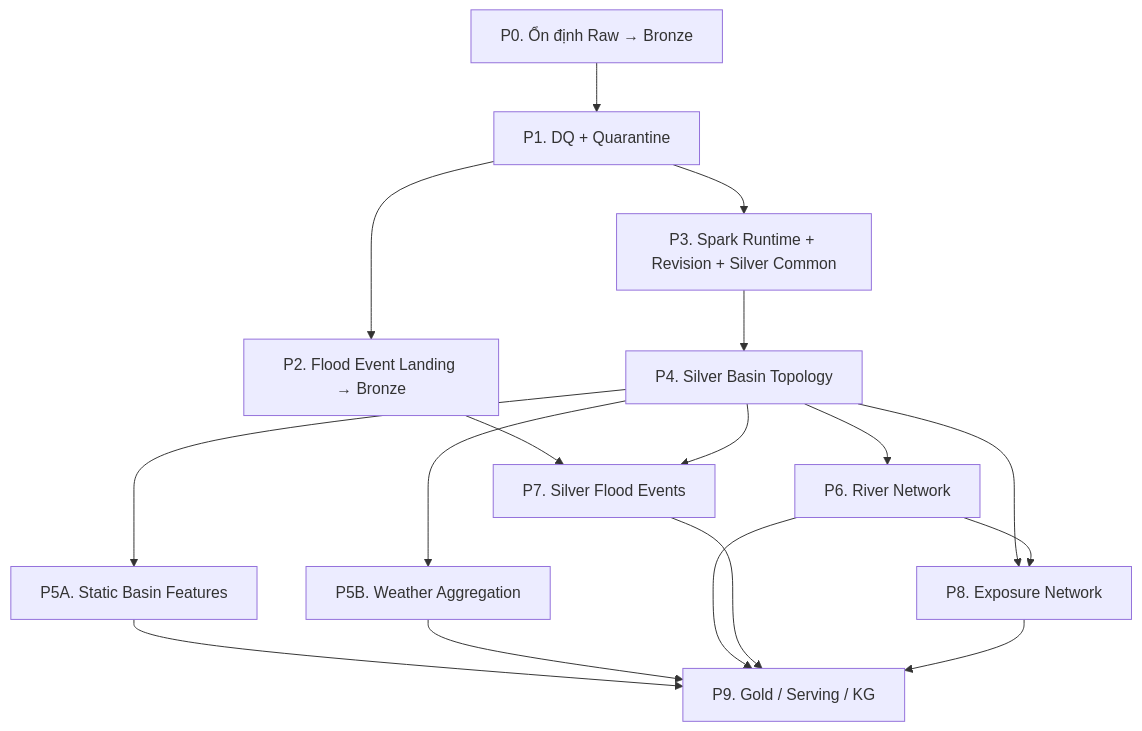
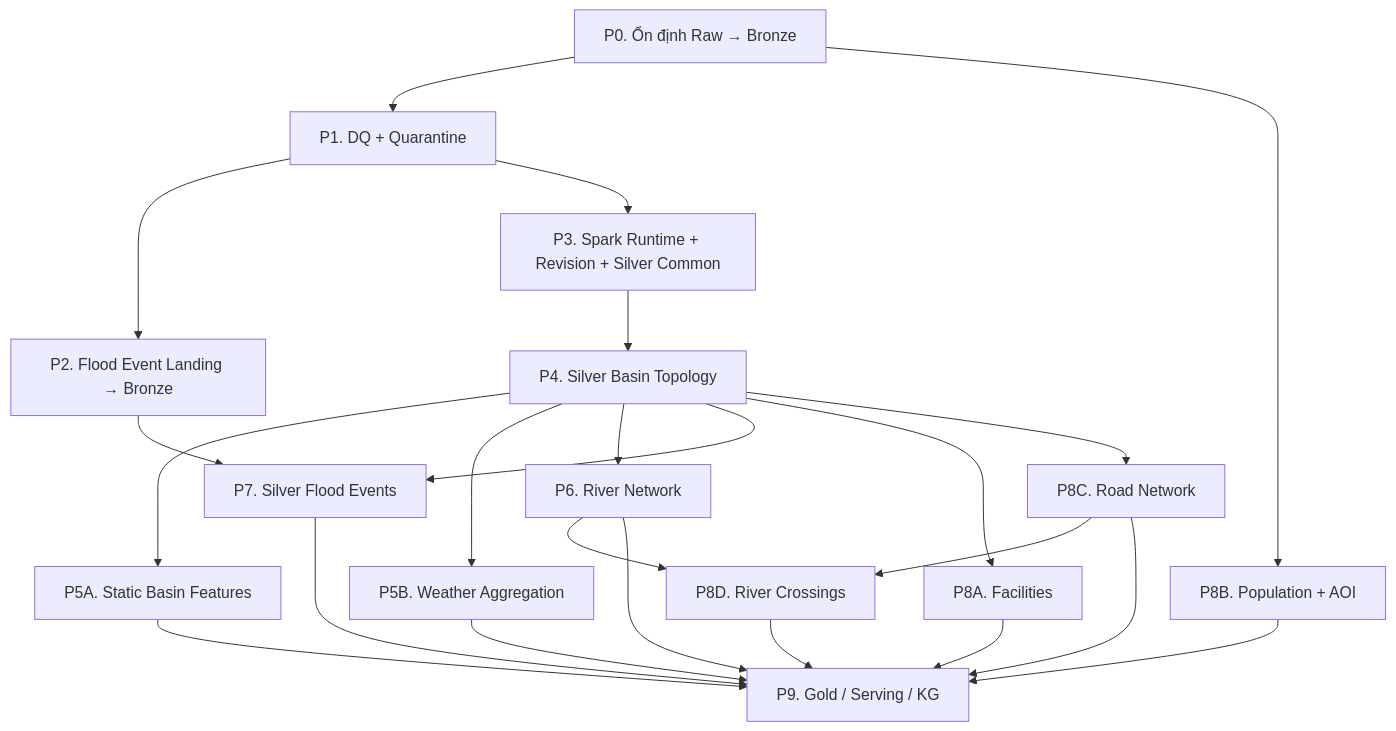
Before and after one commit to cloud-vmih/flood-lake-kg: the diagram in docs/implementation_priority_todo.md, drawn with Mermaid. The commit also changed other lines of this file and 84 other files, not shown here.

Commit message:
complete weather silver pipeline, plan for faci, pop,road, river pipeline

````diff
--- a/docs/implementation_priority_todo.md
+++ b/docs/implementation_priority_todo.md
@@ -19,19 +19,25 @@
 ```mermaid
 flowchart TD
     P0["P0. Ổn định Raw → Bronze"] --> P1["P1. DQ + Quarantine"]
     P1 --> P2["P2. Flood Event Landing → Bronze"]
     P1 --> P3["P3. Spark Runtime + Revision + Silver Common"]
     P3 --> P4["P4. Silver Basin Topology"]
     P4 --> P5A["P5A. Static Basin Features"]
     P4 --> P5B["P5B. Weather Aggregation"]
     P4 --> P6["P6. River Network"]
     P2 --> P7["P7. Silver Flood Events"]
     P4 --> P7
-    P4 --> P8["P8. Exposure Network"]
-    P6 --> P8
+    P4 --> P8A["P8A. Facilities"]
+    P0 --> P8B["P8B. Population + AOI"]
+    P4 --> P8C["P8C. Road Network"]
+    P8C --> P8D["P8D. River Crossings"]
+    P6 --> P8D
     P5A --> P9["P9. Gold / Serving / KG"]
     P5B --> P9
     P6 --> P9
     P7 --> P9
-    P8 --> P9
+    P8A --> P9
+    P8B --> P9
+    P8C --> P9
+    P8D --> P9
 ```
````
